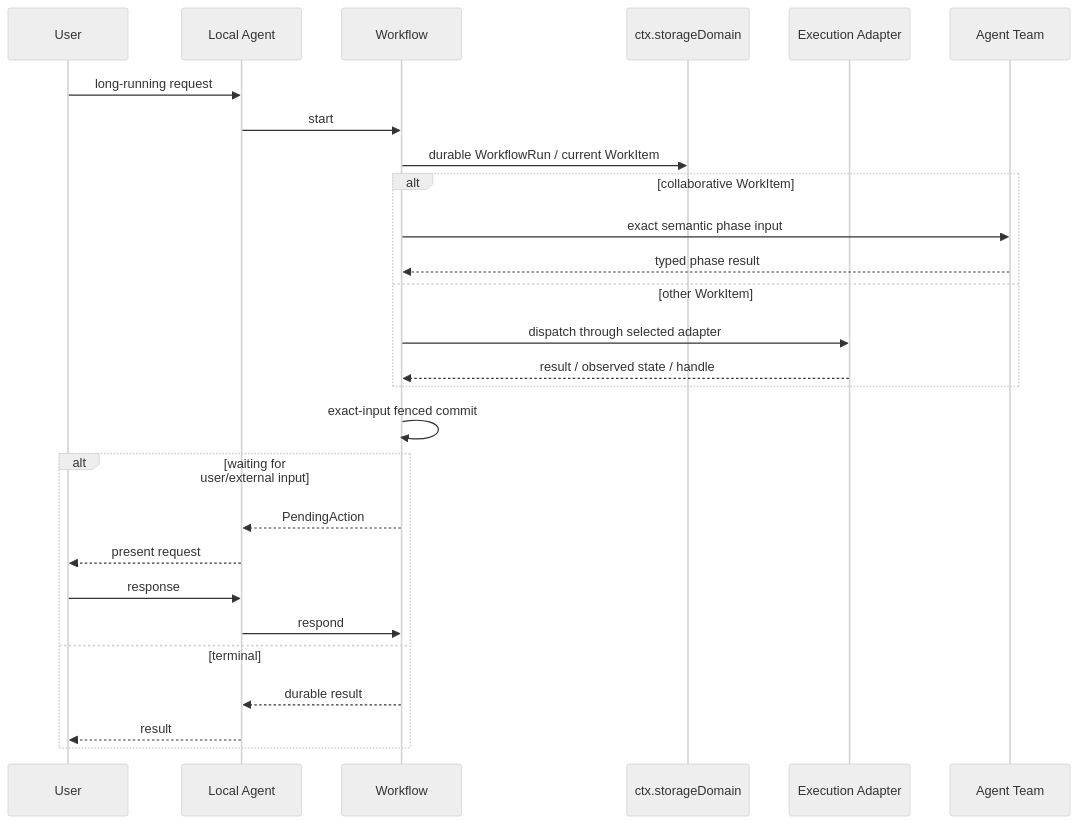
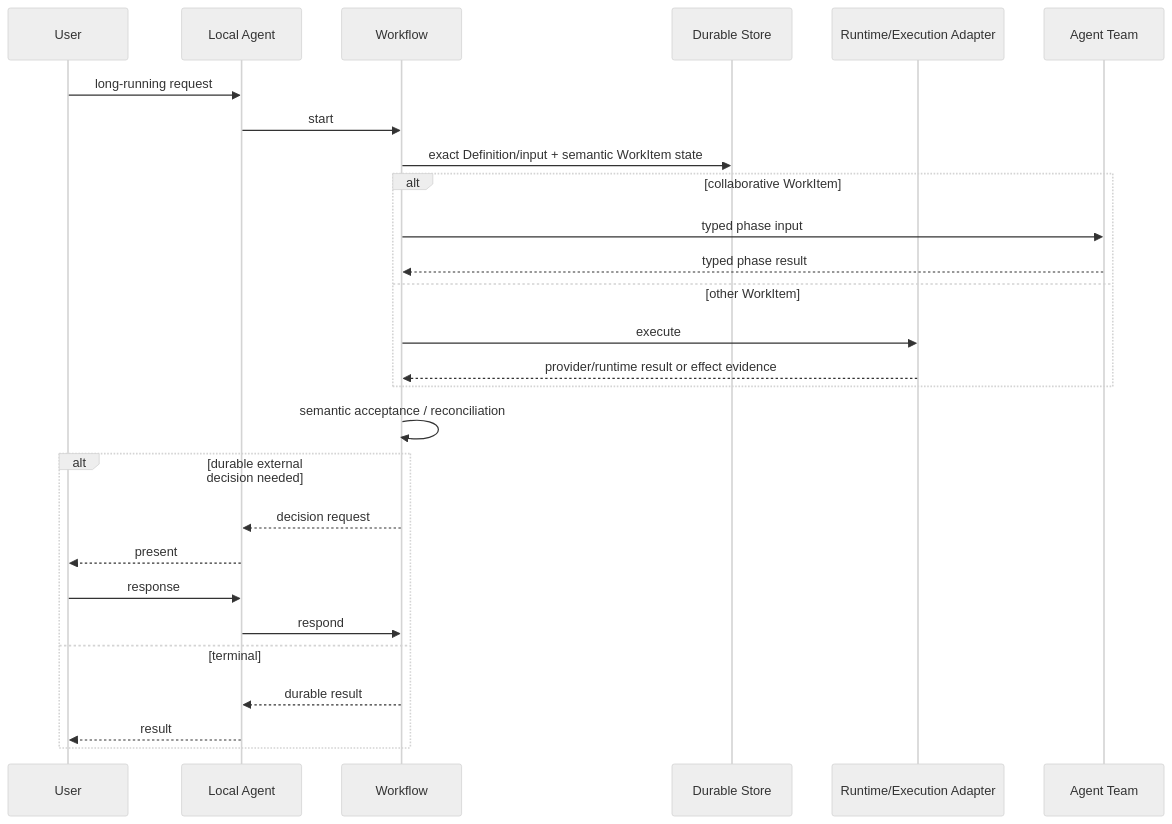
The third of 5 diagrams in docs/architecture/interaction-model.md (tsuuanmi/AgentOS), drawn with Mermaid (neutral theme) before and after one commit. The commit also changed other lines of this file, not shown here.

Commit message:
docs: align interaction model with provider-native results

```diff
--- a/docs/architecture/interaction-model.md
+++ b/docs/architecture/interaction-model.md
@@ -57,33 +57,33 @@
 ~~~mermaid
 sequenceDiagram
     participant U as User
     participant L as Local Agent
     participant W as Workflow
-    participant S as ctx.storageDomain
-    participant A as Execution Adapter
+    participant S as Durable Store
+    participant A as Runtime/Execution Adapter
     participant T as Agent Team
 
     U->>L: long-running request
     L->>W: start
-    W->>S: durable WorkflowRun / current WorkItem
+    W->>S: exact Definition/input + semantic WorkItem state
 
     alt collaborative WorkItem
-        W->>T: exact semantic phase input
+        W->>T: typed phase input
         T-->>W: typed phase result
     else other WorkItem
-        W->>A: dispatch through selected adapter
-        A-->>W: result / observed state / handle
+        W->>A: execute
+        A-->>W: provider/runtime result or effect evidence
     end
 
-    W->>W: exact-input fenced commit
+    W->>W: semantic acceptance / reconciliation
 
-    alt waiting for user/external input
-        W-->>L: PendingAction
-        L-->>U: present request
+    alt durable external decision needed
+        W-->>L: decision request
+        L-->>U: present
         U->>L: response
         L->>W: respond
     else terminal
         W-->>L: durable result
         L-->>U: result
     end
 ~~~
```
